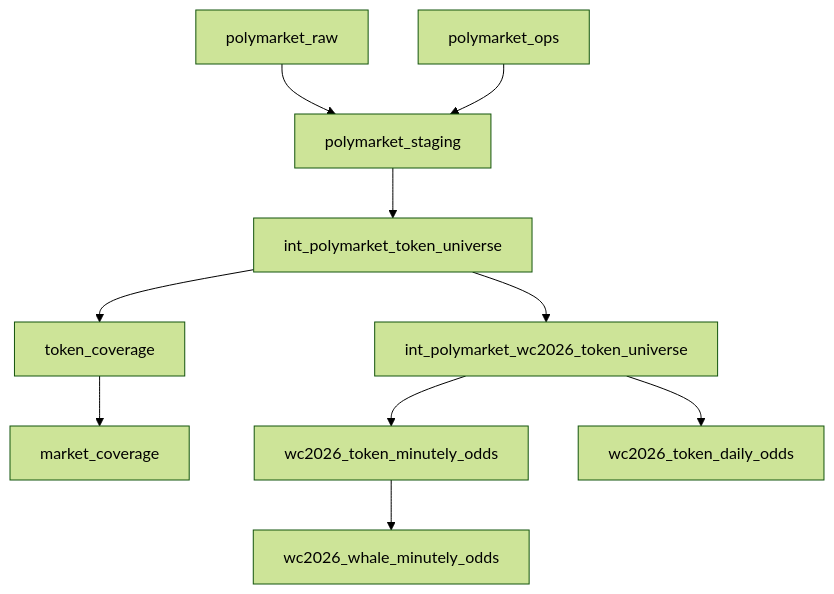
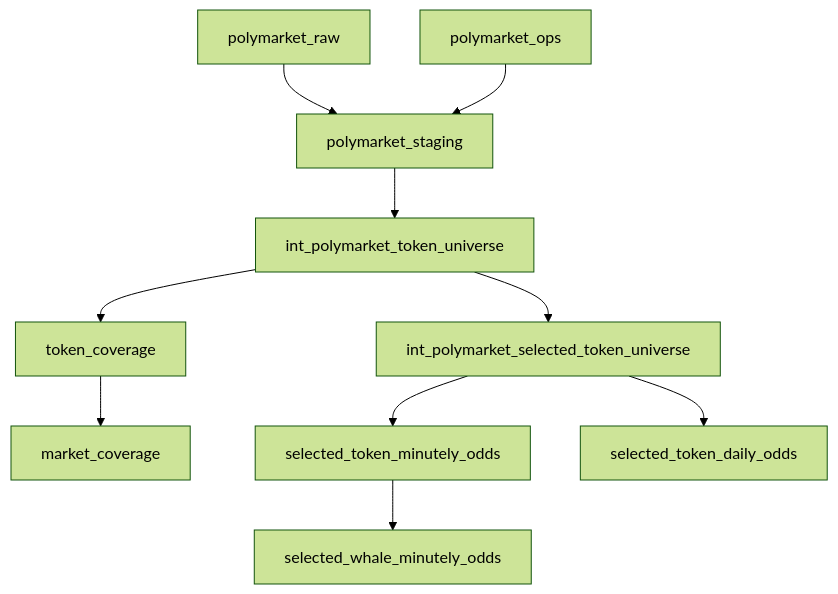
One commit to hypertrial/oddsfox-pipeline changed the second of 2 diagrams in docs/architecture.md. Above: the diagram before and after it, drawn with Mermaid (forest theme). The commit also changed other lines of this file and 136 other files, not shown here.

````diff
--- a/docs/architecture.md
+++ b/docs/architecture.md
@@ -41,12 +41,12 @@
 ```mermaid
 flowchart TD
     raw["polymarket_raw"] --> staging["polymarket_staging"]
     ops["polymarket_ops"] --> staging
     staging --> token_universe["int_polymarket_token_universe"]
-    token_universe --> wc_tokens["int_polymarket_wc2026_token_universe"]
+    token_universe --> selected_tokens["int_polymarket_selected_token_universe"]
     token_universe --> coverage["token_coverage"]
     coverage --> market_coverage["market_coverage"]
-    wc_tokens --> minutely["wc2026_token_minutely_odds"]
-    wc_tokens --> daily["wc2026_token_daily_odds"]
-    minutely --> whale["wc2026_whale_minutely_odds"]
+    selected_tokens --> minutely["selected_token_minutely_odds"]
+    selected_tokens --> daily["selected_token_daily_odds"]
+    minutely --> whale["selected_whale_minutely_odds"]
 ```
````
